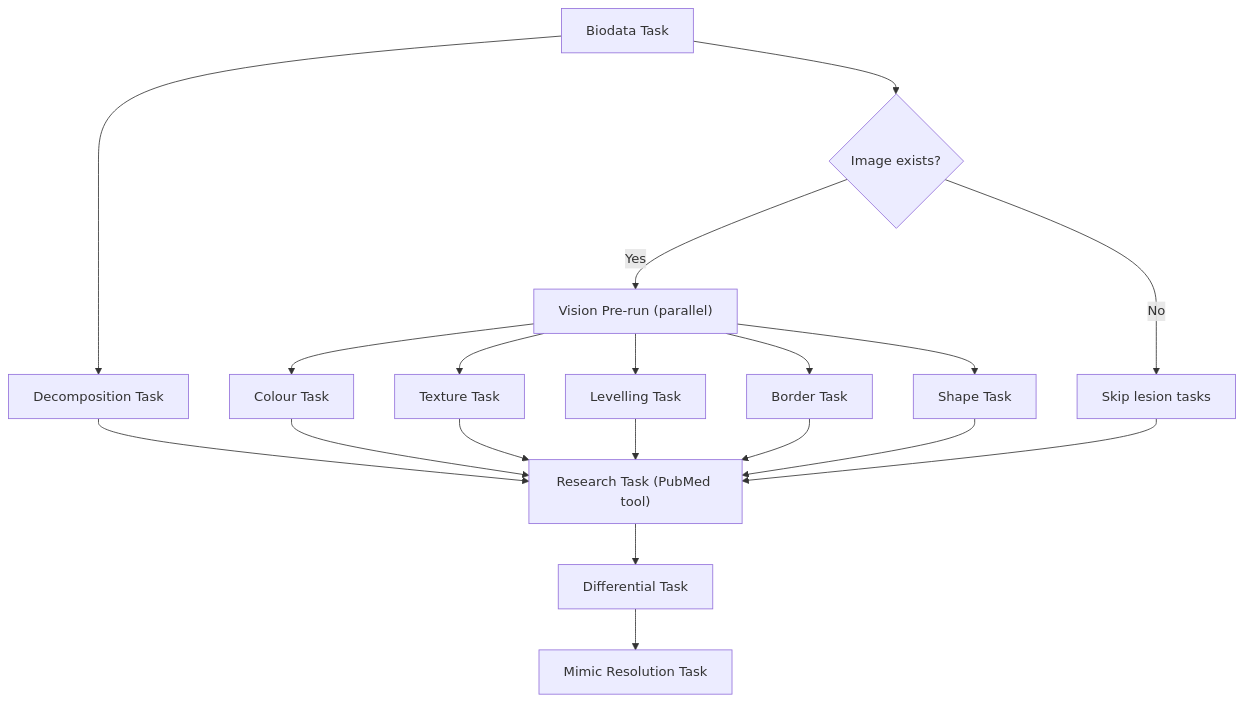
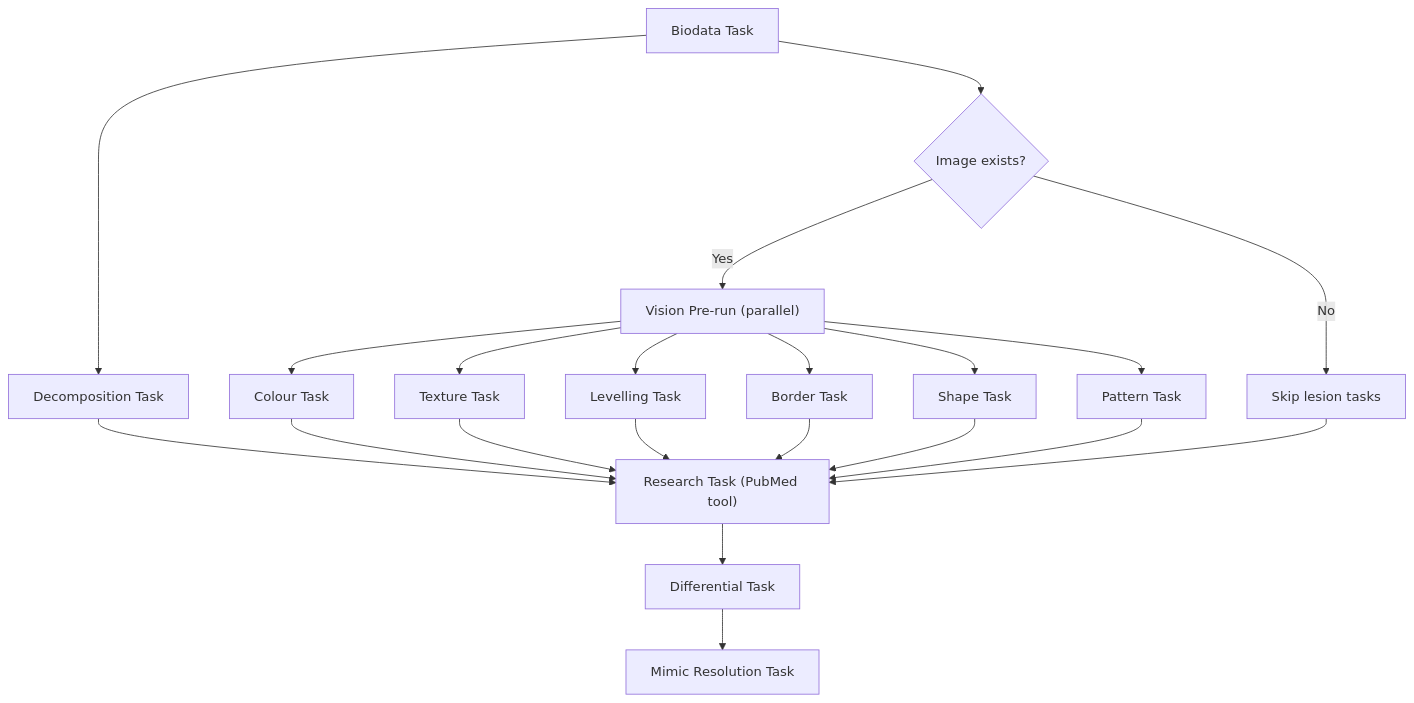
The fifth of 10 diagrams in README.md (Missing-Identity/AgenticDermaAI), drawn with Mermaid before and after one commit. The commit also changed other lines of this file and 7 other files, not shown here.

````diff
--- a/README.md
+++ b/README.md
@@ -145,24 +145,26 @@
 ```mermaid
 flowchart TD
     biodataTask["Biodata Task"] --> lesionGate{"Image exists?"}
     biodataTask --> decompTask["Decomposition Task"]
     lesionGate -->|Yes| visionParallel["Vision Pre-run (parallel)"]
     visionParallel --> colourTask["Colour Task"]
     visionParallel --> textureTask["Texture Task"]
     visionParallel --> levellingTask["Levelling Task"]
     visionParallel --> borderTask["Border Task"]
     visionParallel --> shapeTask["Shape Task"]
+    visionParallel --> patternTask["Pattern Task"]
 
     lesionGate -->|No| noLesion["Skip lesion tasks"]
 
     decompTask --> researchTask["Research Task (PubMed tool)"]
     colourTask --> researchTask
     textureTask --> researchTask
     levellingTask --> researchTask
     borderTask --> researchTask
     shapeTask --> researchTask
+    patternTask --> researchTask
     noLesion --> researchTask
 
     researchTask --> diffTask["Differential Task"]
     diffTask --> mimicTask["Mimic Resolution Task"]
 ```
````
